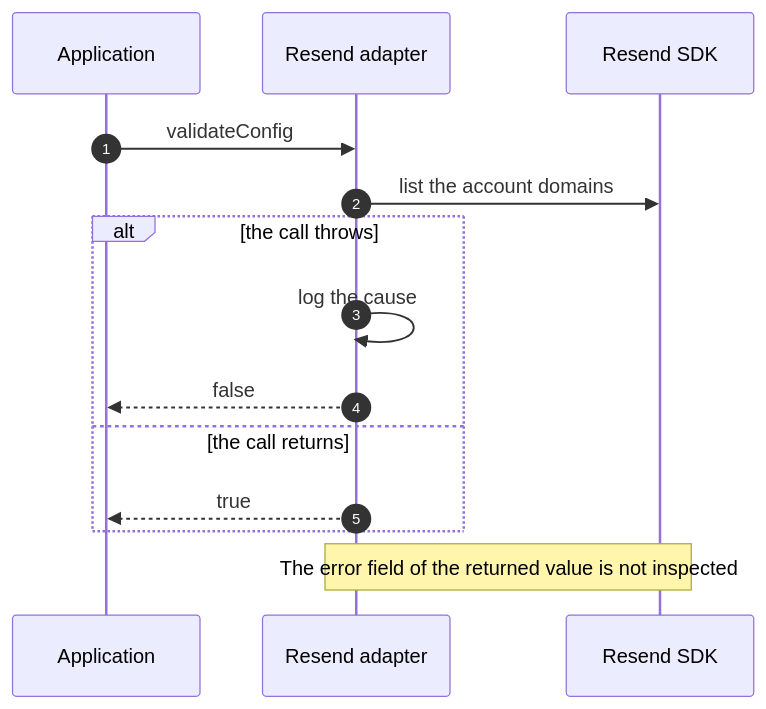
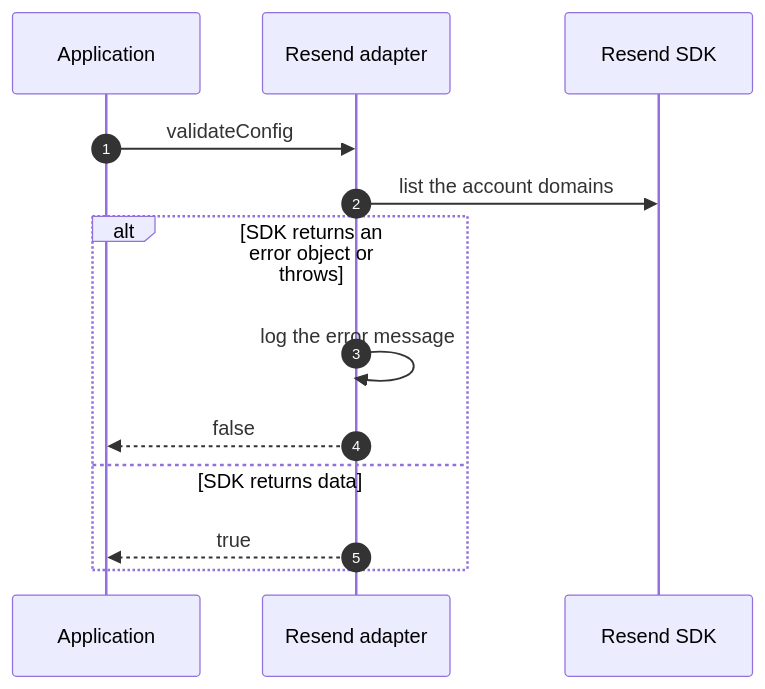
The second of 2 diagrams in packages/email-manager/docs/providers/resend.md (NextNodeSolutions/core), drawn with Mermaid before and after one commit. The commit also changed other lines of this file and 3 other files, not shown here.

````diff
--- a/packages/email-manager/docs/providers/resend.md
+++ b/packages/email-manager/docs/providers/resend.md
@@ -64,16 +64,15 @@
 ```mermaid
 sequenceDiagram
     autonumber
     participant App as Application
     participant A as Resend adapter
     participant SDK as Resend SDK
     App->>A: validateConfig
     A->>SDK: list the account domains
-    alt the call throws
-        A->>A: log the cause
+    alt SDK returns an error object or throws
+        A->>A: log the error message
         A-->>App: false
-    else the call returns
+    else SDK returns data
         A-->>App: true
     end
-    Note over A,SDK: The error field of the returned value is not inspected
 ```
````
